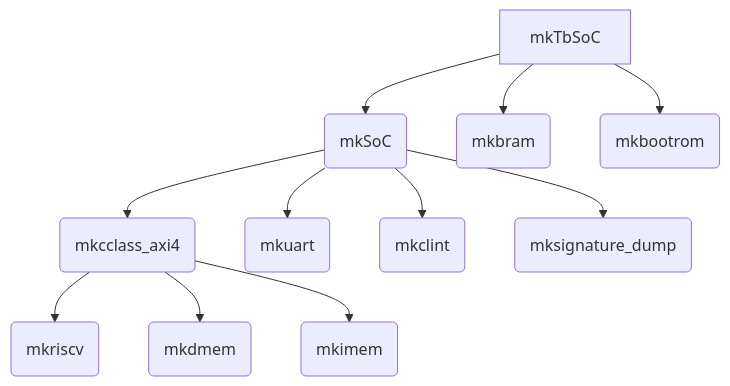
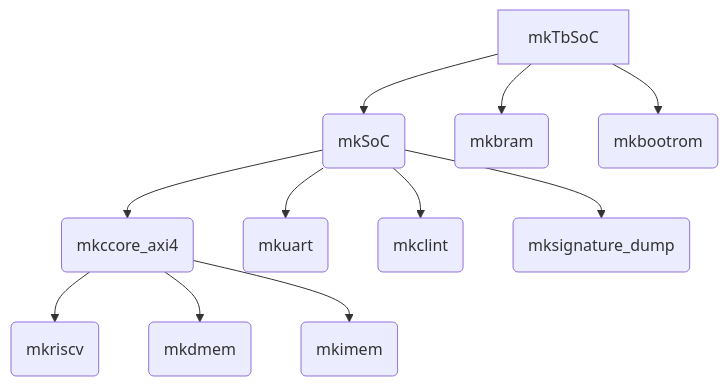
The diagram in docs/source/test-soc.rst (iamKarthikBK/chromite), drawn with Mermaid before and after one commit. The commit also changed other lines of this file and 57 other files, not shown here.

```diff
--- a/docs/source/test-soc.rst
+++ b/docs/source/test-soc.rst
@@ -12,13 +12,13 @@
 .. mermaid::
 
    graph TD;
       X[mkTbSoC] --> A(mkSoC)
       X --> B(mkbram)
       X --> C(mkbootrom)
-      A --> D(mkcclass_axi4)
+      A --> D(mkccore_axi4)
       A --> E(mkuart)
       A --> F(mkclint)
       A --> G(mksignature_dump)
       D --> H(mkriscv)
       D --> I(mkdmem)
       D --> J(mkimem)
```
